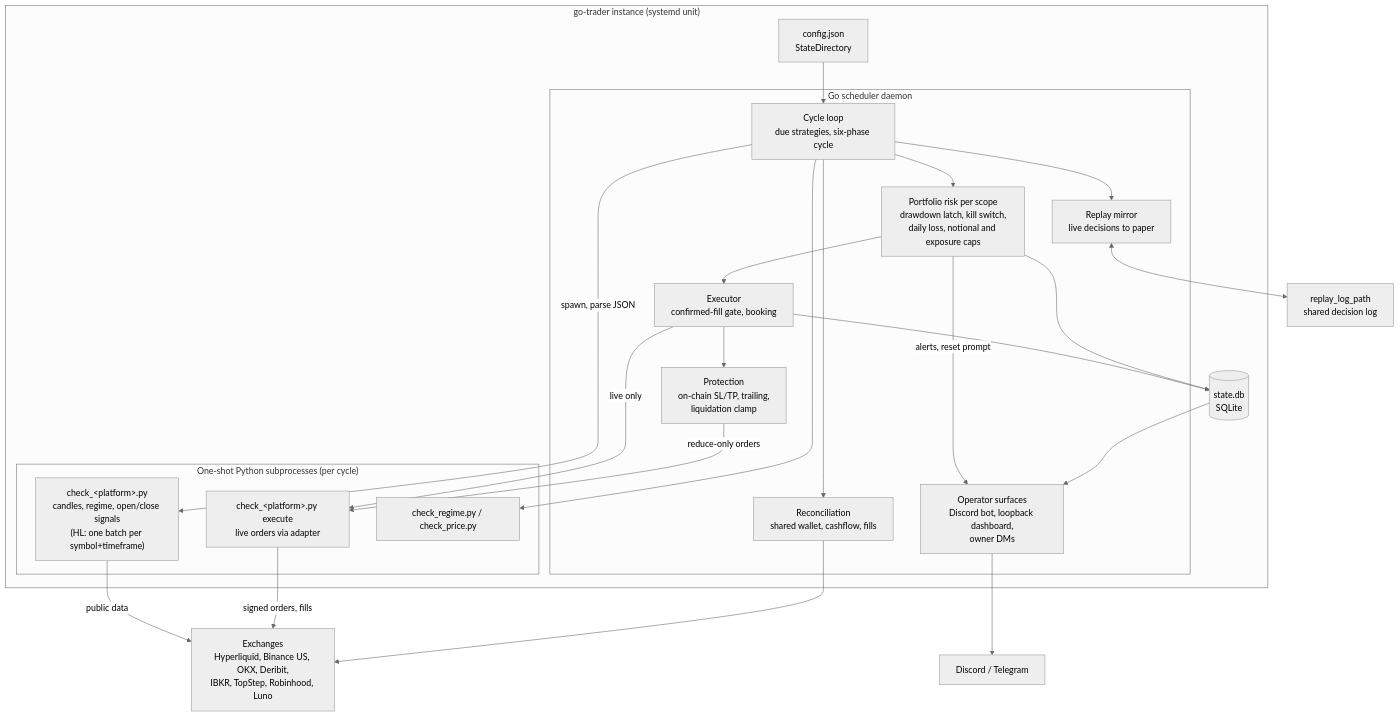
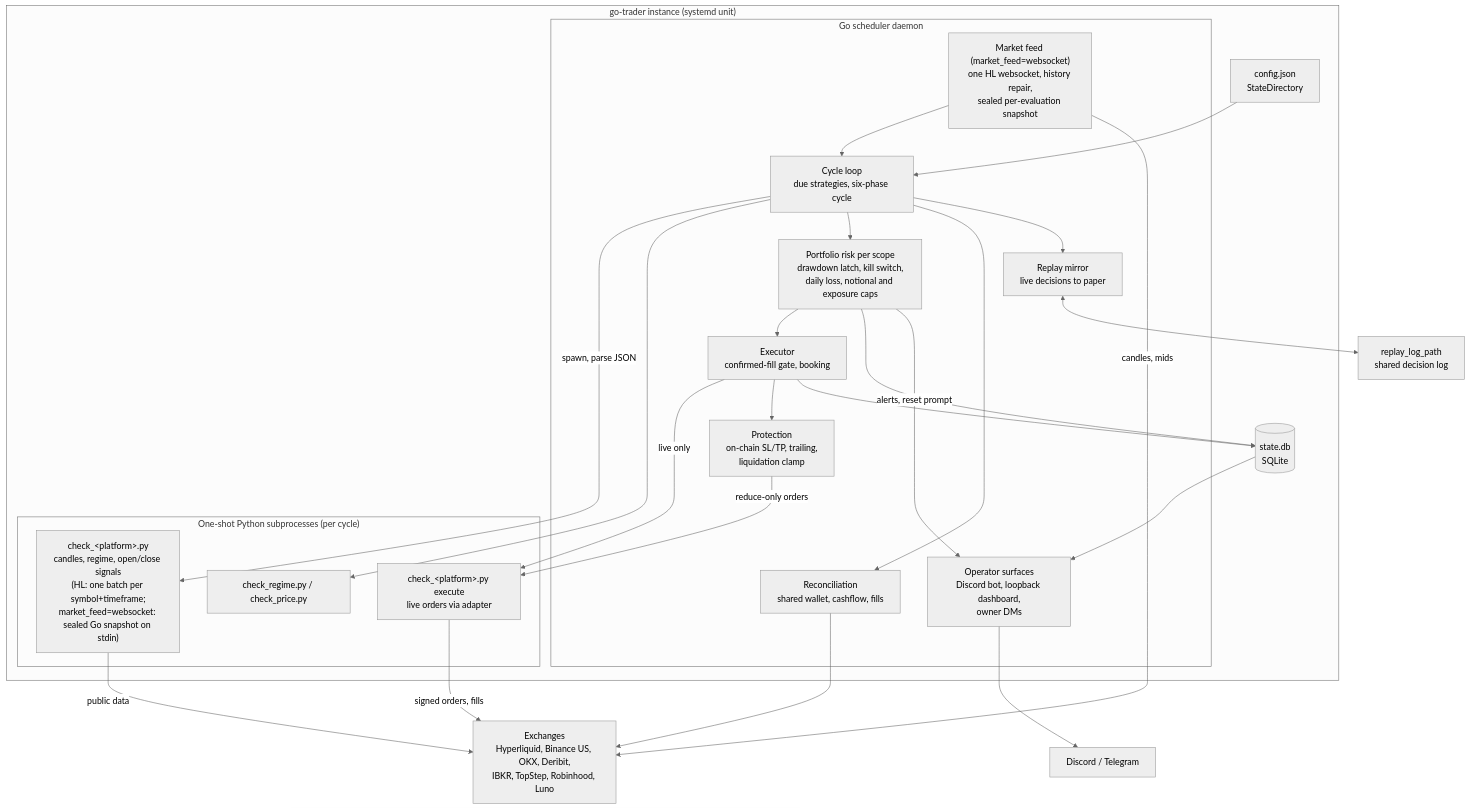
Before and after one commit to dubbypanda/go-trader: the diagram in README.md, drawn with Mermaid (neutral theme). The commit also changed 46 other files, not shown here.

First line of the commit message:
feat(#1524): shared Hyperliquid market feed with synchronized sealed snapshots [C99, Opus 5, xhigh, fableplan] (#1528)

````diff
--- a/README.md
+++ b/README.md
@@ -84,43 +84,46 @@
 ```mermaid
 flowchart TB
     subgraph Instance["go-trader instance (systemd unit)"]
         CFG["config.json<br/>StateDirectory"]
         DB[("state.db<br/>SQLite")]
         subgraph Daemon["Go scheduler daemon"]
             LOOP["Cycle loop<br/>due strategies, six-phase cycle"]
             RISK["Portfolio risk per scope<br/>drawdown latch, kill switch,<br/>daily loss, notional and exposure caps"]
             EXEC["Executor<br/>confirmed-fill gate, booking"]
             PROT["Protection<br/>on-chain SL/TP, trailing,<br/>liquidation clamp"]
             RECON["Reconciliation<br/>shared wallet, cashflow, fills"]
             MIRROR["Replay mirror<br/>live decisions to paper"]
+            FEED["Market feed (market_feed=websocket)<br/>one HL websocket, history repair,<br/>sealed per-evaluation snapshot"]
             OPS["Operator surfaces<br/>Discord bot, loopback dashboard,<br/>owner DMs"]
         end
         subgraph Py["One-shot Python subprocesses (per cycle)"]
-            CHECK["check_&lt;platform&gt;.py<br/>candles, regime, open/close signals<br/>(HL: one batch per symbol+timeframe)"]
+            CHECK["check_&lt;platform&gt;.py<br/>candles, regime, open/close signals<br/>(HL: one batch per symbol+timeframe;<br/>market_feed=websocket: sealed Go snapshot on stdin)"]
             XQ["check_&lt;platform&gt;.py execute<br/>live orders via adapter"]
             REG["check_regime.py / check_price.py"]
         end
     end
     EXCH["Exchanges<br/>Hyperliquid, Binance US, OKX, Deribit,<br/>IBKR, TopStep, Robinhood, Luno"]
     DISC["Discord / Telegram"]
     LOG["replay_log_path<br/>shared decision log"]
 
     CFG --> LOOP
+    FEED --> LOOP
+    FEED -->|candles, mids| EXCH
     LOOP -->|spawn, parse JSON| CHECK
     LOOP --> REG
     LOOP --> RISK --> EXEC
     EXEC -->|live only| XQ
     EXEC --> PROT
     PROT -->|reduce-only orders| XQ
     CHECK -->|public data| EXCH
     XQ -->|signed orders, fills| EXCH
     RECON --> EXCH
     LOOP --> RECON
     EXEC --> DB
     RISK --> DB
     LOOP --> MIRROR
     MIRROR <--> LOG
     OPS --> DISC
     RISK -->|alerts, reset prompt| OPS
     DB --> OPS
 ```
````
